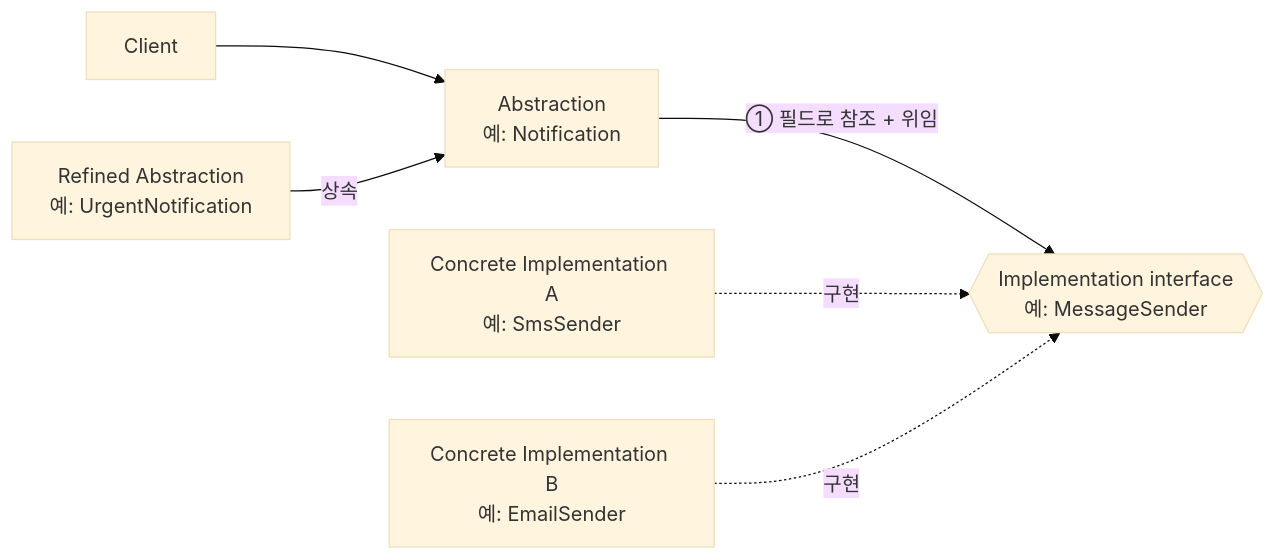
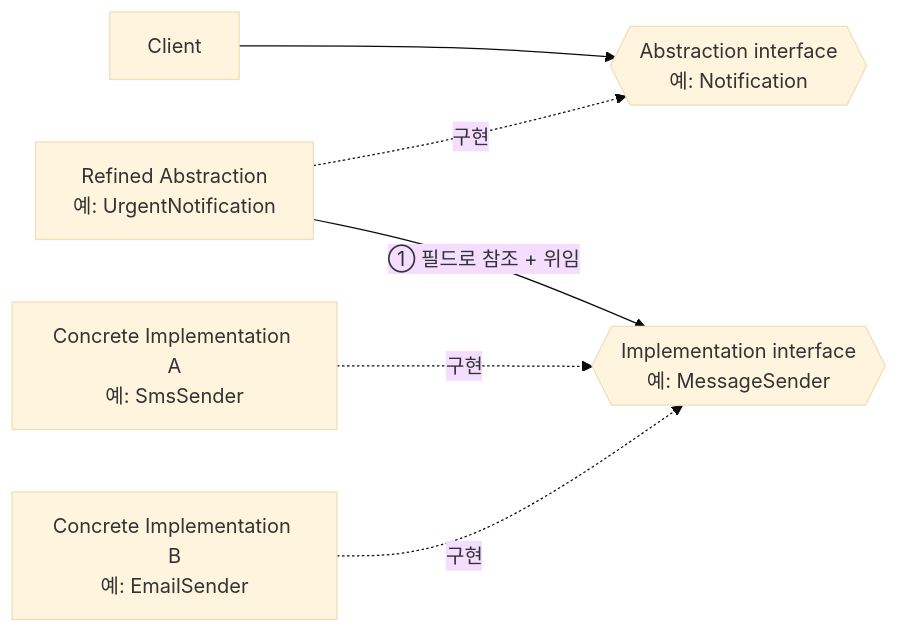
One commit to youngmin-gwon/what-i-studied changed the first of 3 diagrams in 02_references/oop/design_pattern/structural/Bridge Pattern.md. Above: the diagram before and after it, drawn with Mermaid (base theme). The commit also changed other lines of this file and 5 other files, not shown here.

````diff
--- a/02_references/oop/design_pattern/structural/Bridge Pattern.md
+++ b/02_references/oop/design_pattern/structural/Bridge Pattern.md
@@ -32,15 +32,15 @@
 ```mermaid
 flowchart LR
     Client["Client"]
-    Abstraction["Abstraction<br/>예: Notification"]
+    Abstraction{{"Abstraction interface<br/>예: Notification"}}
     RefinedAbstraction["Refined Abstraction<br/>예: UrgentNotification"]
     Implementation{{"Implementation interface<br/>예: MessageSender"}}
     ConcreteImplA["Concrete Implementation A<br/>예: SmsSender"]
     ConcreteImplB["Concrete Implementation B<br/>예: EmailSender"]
 
     Client --> Abstraction
-    RefinedAbstraction -- 상속 --> Abstraction
-    Abstraction -- "① 필드로 참조 + 위임" --> Implementation
+    RefinedAbstraction -. 구현 .-> Abstraction
+    RefinedAbstraction -- "① 필드로 참조 + 위임" --> Implementation
     ConcreteImplA -. 구현 .-> Implementation
     ConcreteImplB -. 구현 .-> Implementation
 ```
````
